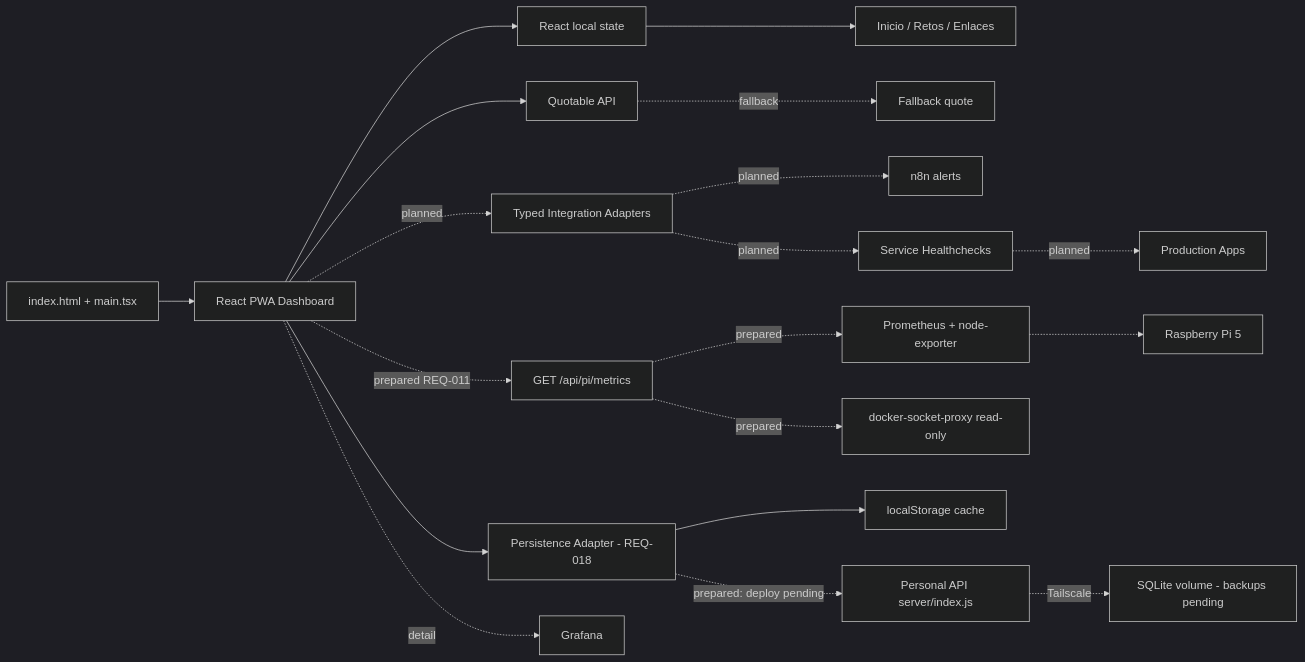
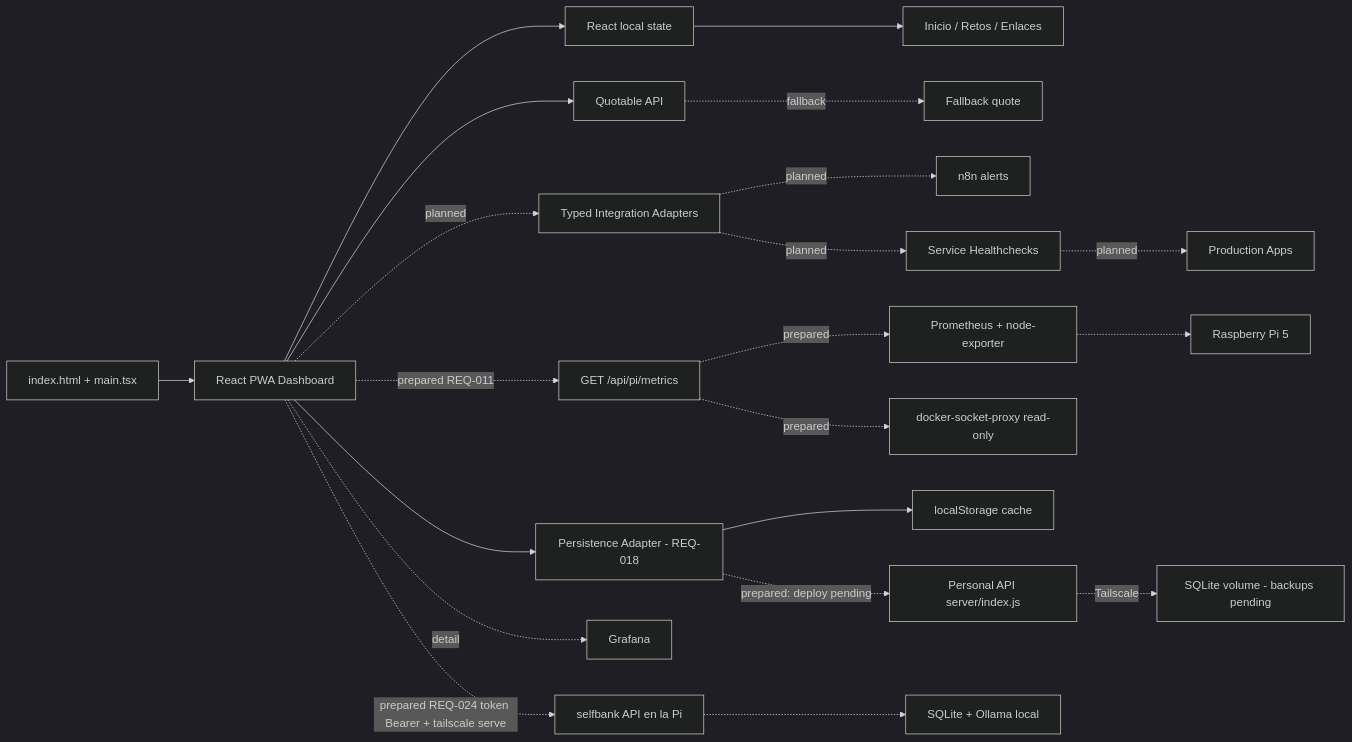
Before and after one commit to alonsomoros/ALON_alxns-hub-app: the diagram in docs/diagramas/architecture-diagrams.mmd, drawn with Mermaid (dark theme). The commit also changed 15 other files, not shown here.

```diff
--- a/docs/diagramas/architecture-diagrams.mmd
+++ b/docs/diagramas/architecture-diagrams.mmd
@@ -1,19 +1,21 @@
 flowchart LR
   BOOT[index.html + main.tsx] --> UI[React PWA Dashboard]
   UI --> STATE[React local state]
   STATE --> SCREENS[Inicio / Retos / Enlaces]
   UI --> QUOTE[Quotable API]
   QUOTE -. fallback .-> LOCAL[Fallback quote]
   UI -. planned .-> AD[Typed Integration Adapters]
   UI -. prepared REQ-011 .-> PIAPI[GET /api/pi/metrics]
   PIAPI -. prepared .-> PROM[Prometheus + node-exporter]
   PIAPI -. prepared .-> DPROXY[docker-socket-proxy read-only]
   PROM -.-> PI[Raspberry Pi 5]
   AD -. planned .-> N8N[n8n alerts]
   AD -. planned .-> HC[Service Healthchecks]
   HC -. planned .-> APPS[Production Apps]
   UI --> PA[Persistence Adapter - REQ-018]
   PA --> LOCALSTORE[localStorage cache]
   PA -. prepared: deploy pending .-> API[Personal API server/index.js]
   API -. Tailscale .-> DB[SQLite volume - backups pending]
   UI -. detail .-> G[Grafana]
+  UI -. prepared REQ-024 token Bearer + tailscale serve .-> SB[selfbank API en la Pi]
+  SB -.-> SBDB[SQLite + Ollama local]
```
